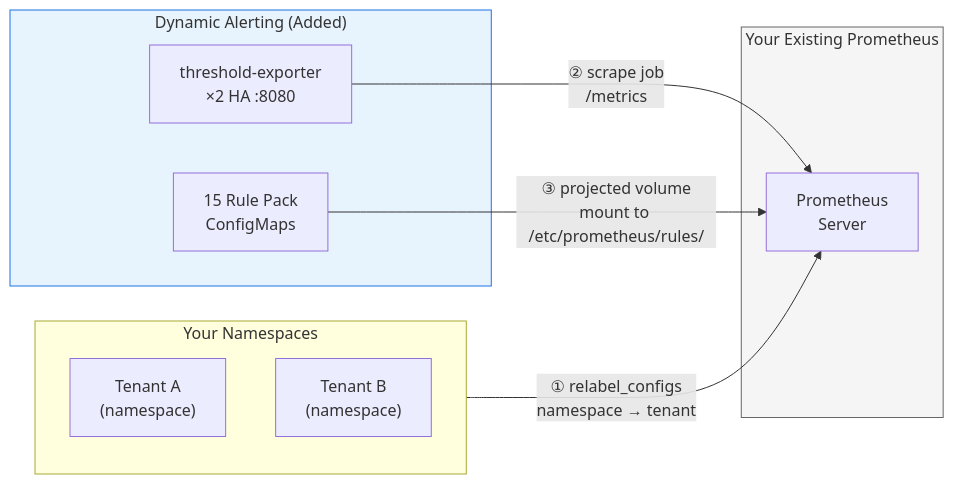
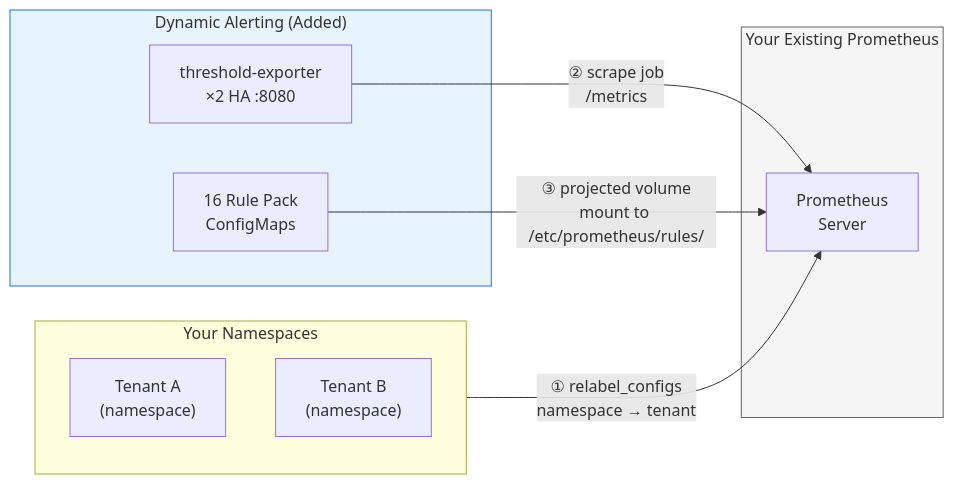
One commit to vencil/Dynamic-Alerting-Integrations changed the diagram in docs/integration/byo-prometheus-integration.en.md. Above: the diagram before and after it, drawn with Mermaid. The commit also changed other lines of this file and 47 other files, not shown here.

````diff
--- a/docs/integration/byo-prometheus-integration.en.md
+++ b/docs/integration/byo-prometheus-integration.en.md
@@ -32,23 +32,23 @@
 ```mermaid
 graph LR
     subgraph YP["Your Existing Prometheus"]
         P["Prometheus<br/>Server"]
     end
 
     subgraph NS["Your Namespaces"]
         T1["Tenant A<br/>(namespace)"]
         T2["Tenant B<br/>(namespace)"]
     end
 
     subgraph DA["Dynamic Alerting (Added)"]
         TE["threshold-exporter<br/>×2 HA :8080"]
-        RP["15 Rule Pack<br/>ConfigMaps"]
+        RP["16 Rule Pack<br/>ConfigMaps"]
     end
 
     NS -->|"① relabel_configs<br/>namespace → tenant"| P
     TE -->|"② scrape job<br/>/metrics"| P
     RP -->|"③ projected volume<br/>mount to /etc/prometheus/rules/"| P
 
     style DA fill:#e8f4fd,stroke:#1a73e8
     style YP fill:#f5f5f5,stroke:#666
 ```
````
